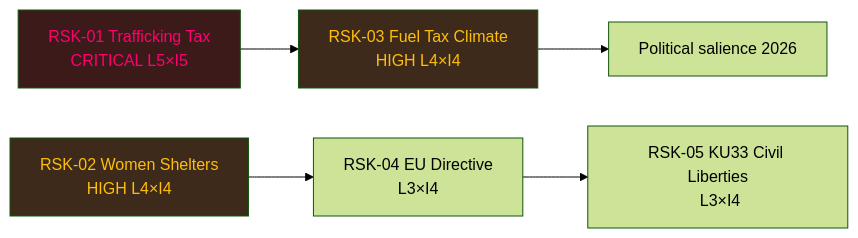
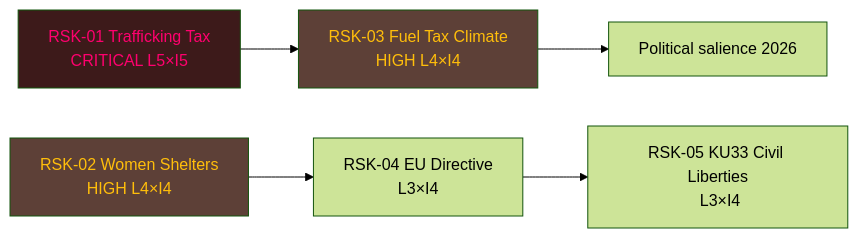
Before and after one commit to Hack23/riksdagsmonitor: the third of 3 diagrams in analysis/daily/2026-04-17/evening-analysis/risk-assessment.md, drawn with Mermaid (forest theme). The commit also changed 785 other files, not shown here.

First line of the commit message:
Normalize mermaid colors across 786 analysis artifacts to ISMS Style Guide palette

````diff
--- a/analysis/daily/2026-04-17/evening-analysis/risk-assessment.md
+++ b/analysis/daily/2026-04-17/evening-analysis/risk-assessment.md
@@ -82,11 +82,11 @@
 ```mermaid
 graph LR
     R01["RSK-01 Trafficking Tax\n CRITICAL L5×I5"] --> R03["RSK-03 Coalition Ethics\n reputational damage"]
     R02["RSK-02 Women Shelters\n HIGH L4×I4"] --> R04["RSK-04 EU Directive\n L3×I4"]
     R04 --> R05["RSK-05 KU33 Civil Liberties\n L3×I4"]
     R03["RSK-03 Fuel Tax Climate\n HIGH L4×I4"] --> R08["Political salience 2026"]
     
     style R01 fill:#3d1a1a,color:#ff006e
-    style R02 fill:#3d2a1a,color:#ffbe0b
-    style R03 fill:#3d2a1a,color:#ffbe0b
+    style R02 fill:#5D4037,color:#ffbe0b
+    style R03 fill:#5D4037,color:#ffbe0b
 ```
````
